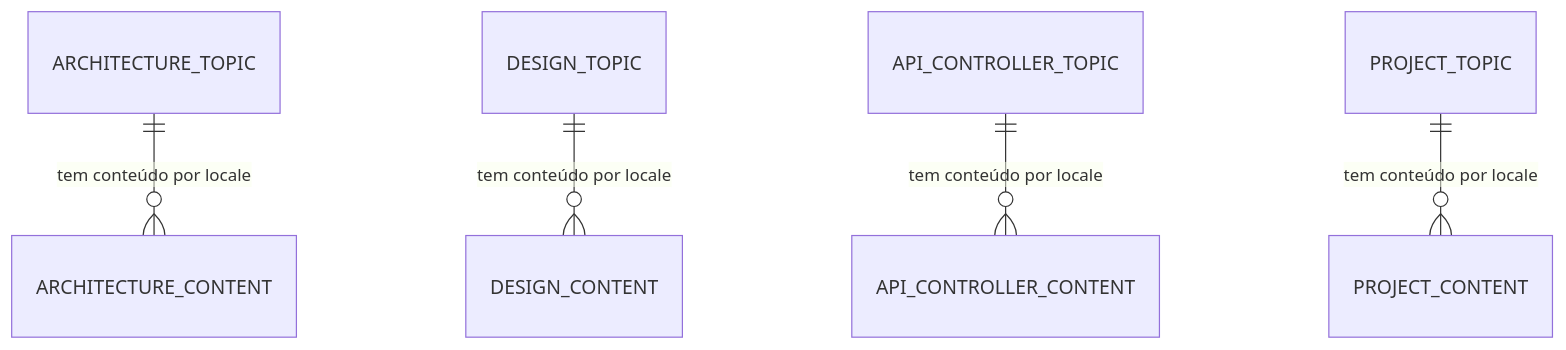
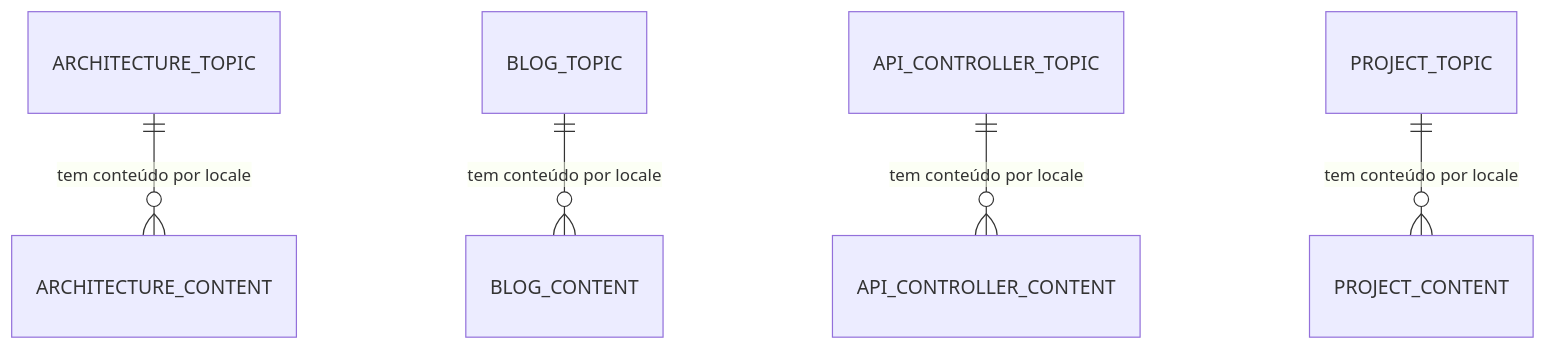
The fifth of 6 diagrams in architecture/docs-system/pt.md (AndDev741/Beyou-docs-ui), drawn with Mermaid before and after one commit. The commit also changed other lines of this file and 12 other files, not shown here.

Commit message:
feat: rename design to blog, add first blog post (building-auth-system)

````diff
--- a/architecture/docs-system/pt.md
+++ b/architecture/docs-system/pt.md
@@ -189,7 +189,7 @@
 ```mermaid
 erDiagram
   ARCHITECTURE_TOPIC ||--o{ ARCHITECTURE_CONTENT : "tem conteúdo por locale"
-  DESIGN_TOPIC ||--o{ DESIGN_CONTENT : "tem conteúdo por locale"
+  BLOG_TOPIC ||--o{ BLOG_CONTENT : "tem conteúdo por locale"
   API_CONTROLLER_TOPIC ||--o{ API_CONTROLLER_CONTENT : "tem conteúdo por locale"
   PROJECT_TOPIC ||--o{ PROJECT_CONTENT : "tem conteúdo por locale"
 ```
````
